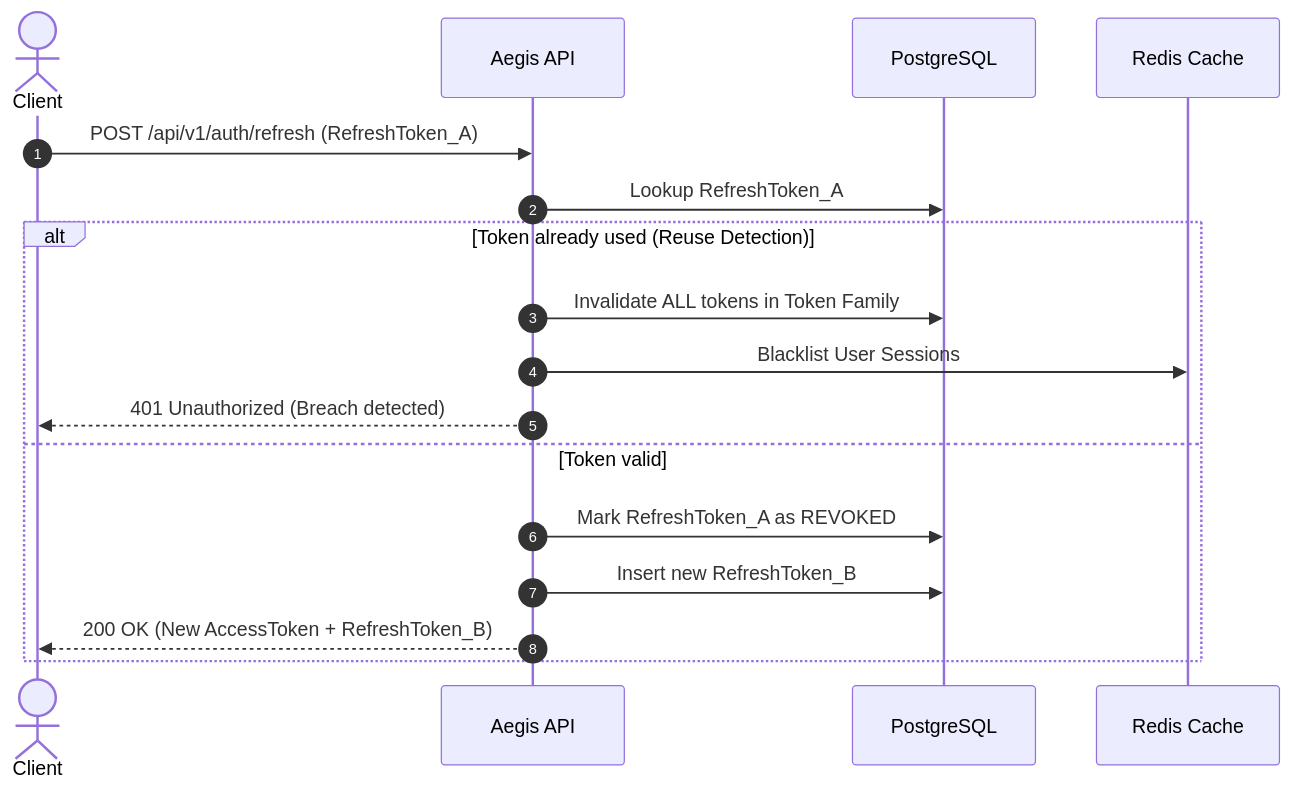
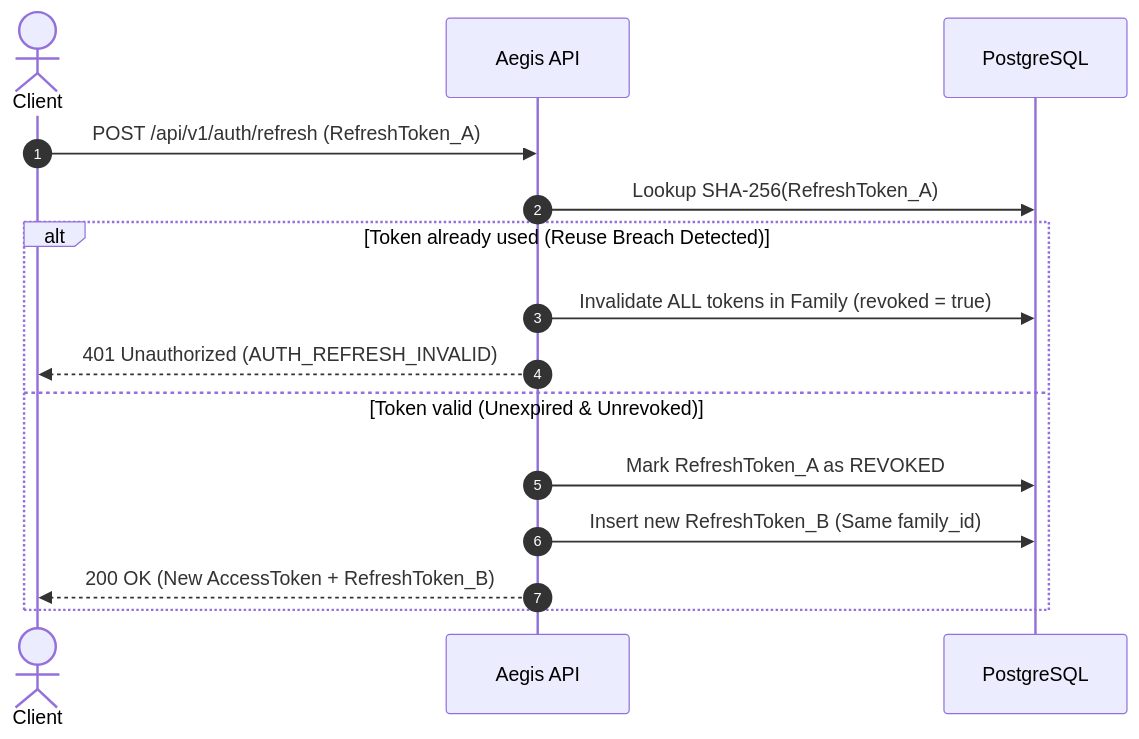
One commit to Swatantra-66/aegis changed the second of 3 diagrams in ARCHITECTURE.md. Above: the diagram before and after it, drawn with Mermaid. The commit also changed other lines of this file, not shown here.

Commit message:
docs(arch): align RTR sequence flow and decouple JTI blacklist from rate limiting

````diff
--- a/ARCHITECTURE.md
+++ b/ARCHITECTURE.md
@@ -47,20 +47,18 @@
 ```mermaid
 sequenceDiagram
     autonumber
     actor Client
     participant Server as Aegis API
     participant DB as PostgreSQL
-    participant Redis as Redis Cache
 
     Client->>Server: POST /api/v1/auth/refresh (RefreshToken_A)
-    Server->>DB: Lookup RefreshToken_A
-    alt Token already used (Reuse Detection)
-        Server->>DB: Invalidate ALL tokens in Token Family
-        Server->>Redis: Blacklist User Sessions
-        Server-->>Client: 401 Unauthorized (Breach detected)
-    else Token valid
+    Server->>DB: Lookup SHA-256(RefreshToken_A)
+    alt Token already used (Reuse Breach Detected)
+        Server->>DB: Invalidate ALL tokens in Family (revoked = true)
+        Server-->>Client: 401 Unauthorized (AUTH_REFRESH_INVALID)
+    else Token valid (Unexpired & Unrevoked)
         Server->>DB: Mark RefreshToken_A as REVOKED
-        Server->>DB: Insert new RefreshToken_B
+        Server->>DB: Insert new RefreshToken_B (Same family_id)
         Server-->>Client: 200 OK (New AccessToken + RefreshToken_B)
     end
 ```
````
